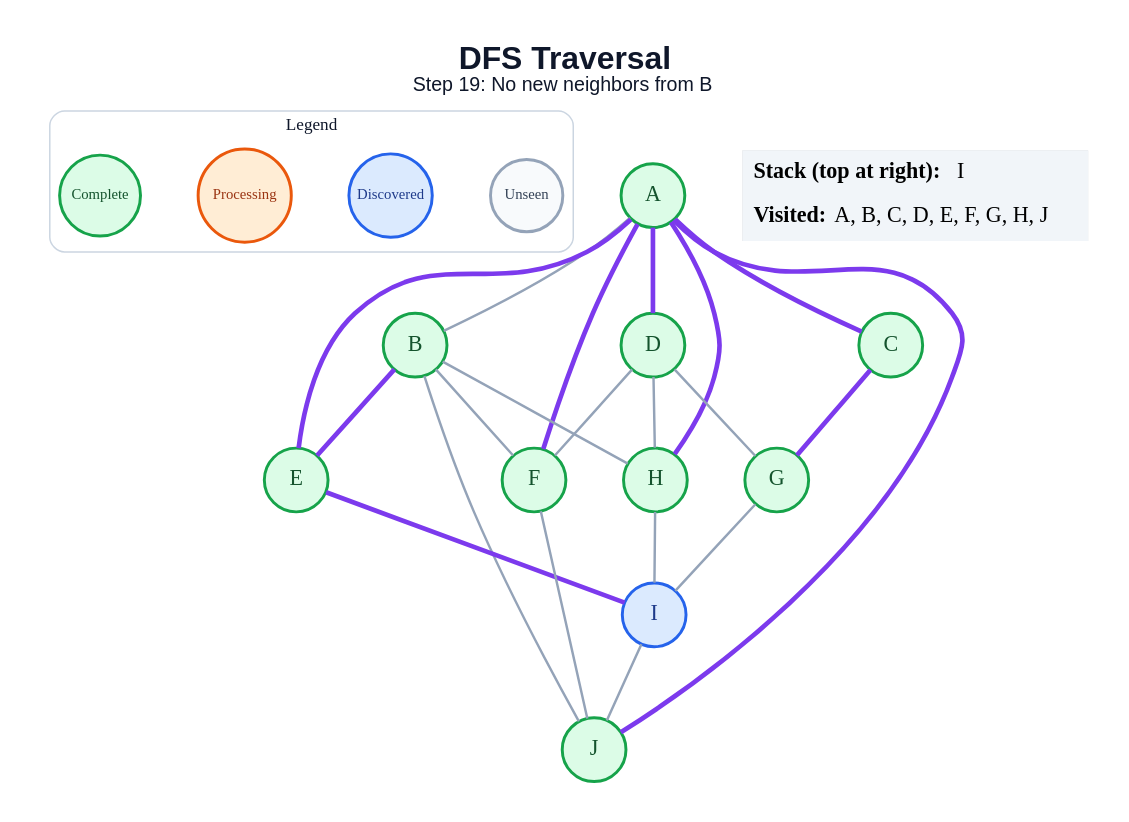
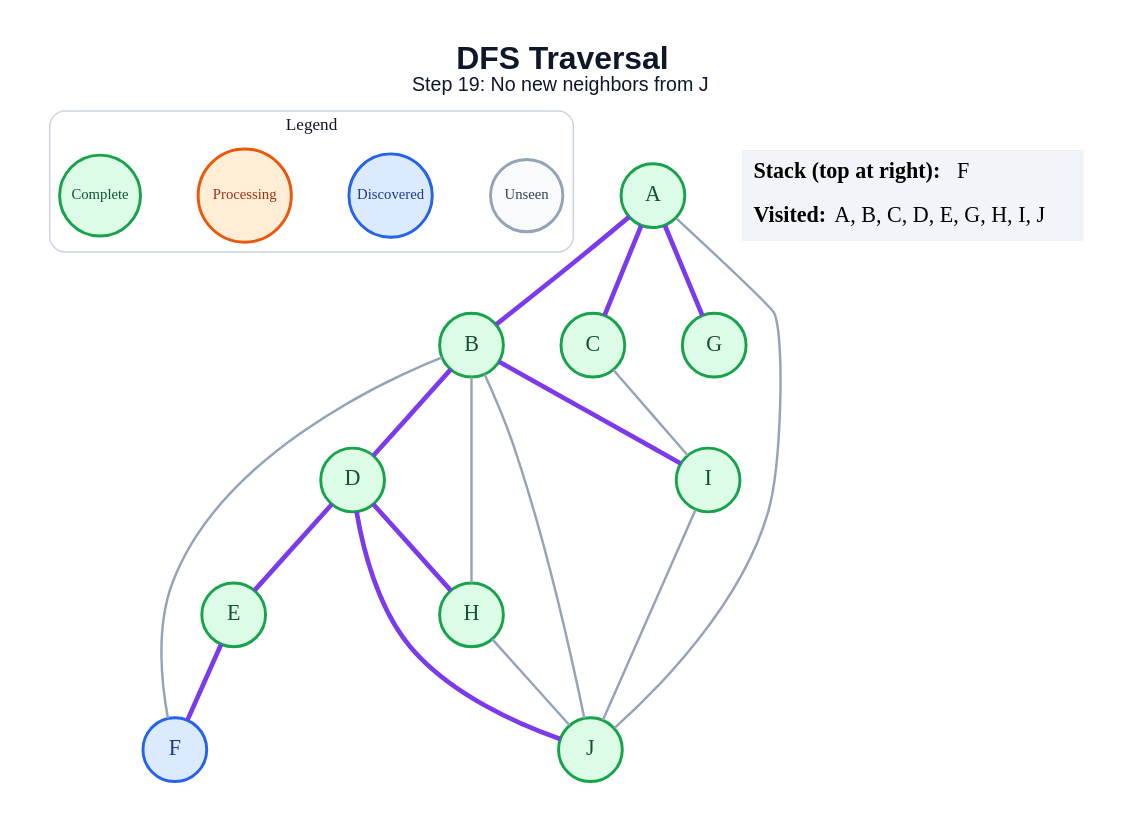
The diagram in generated/specific-node/dfs/step_19.dot (anon7238593-create/ai-slop), drawn with Graphviz before and after one commit. The commit also changed 171 other files, not shown here.

```diff
--- a/generated/specific-node/dfs/step_19.dot
+++ b/generated/specific-node/dfs/step_19.dot
@@ -1,49 +1,45 @@
 graph traversal {
   graph [layout=dot, rankdir=TB, bgcolor="#FFFFFF", pad="0.35", nodesep="0.65", ranksep="0.8", fontname="Arial"];
   node [shape=circle, style="filled", fontname="Arial Bold", fontsize=18, width=0.72, fixedsize=true, penwidth=2.4];
   edge [color="#94A3B8", penwidth=2.0];
-  label=<<B>DFS Traversal</B><BR/><FONT POINT-SIZE="16">Step 19: No new neighbors from B</FONT>>; labelloc="t"; fontsize=26; fontname="Arial"; fontcolor="#0F172A";
+  label=<<B>DFS Traversal</B><BR/><FONT POINT-SIZE="16">Step 19: No new neighbors from J</FONT>>; labelloc="t"; fontsize=26; fontname="Arial"; fontcolor="#0F172A";
   subgraph cluster_legend { label="Legend"; color="#CBD5E1"; penwidth=1.2; style="rounded"; fontsize=14; fontname="Arial Bold";
     key_unseen [label="Unseen", fillcolor="#F8FAFC", color="#94A3B8", fontcolor="#334155", fontsize=12, width=0.82];
     key_frontier [label="Discovered", fillcolor="#DBEAFE", color="#2563EB", fontcolor="#1E3A8A", fontsize=12, width=0.95];
     key_current [label="Processing", fillcolor="#FFEDD5", color="#EA580C", fontcolor="#9A3412", fontsize=12, width=1.05];
     key_done [label="Complete", fillcolor="#DCFCE7", color="#16A34A", fontcolor="#14532D", fontsize=12, width=0.92];
     { rank=same; key_unseen; key_frontier; key_current; key_done; }
   }
   A [fillcolor="#DCFCE7", color="#16A34A", fontcolor="#14532D"];
   B [fillcolor="#DCFCE7", color="#16A34A", fontcolor="#14532D"];
   C [fillcolor="#DCFCE7", color="#16A34A", fontcolor="#14532D"];
   D [fillcolor="#DCFCE7", color="#16A34A", fontcolor="#14532D"];
   E [fillcolor="#DCFCE7", color="#16A34A", fontcolor="#14532D"];
-  F [fillcolor="#DCFCE7", color="#16A34A", fontcolor="#14532D"];
+  F [fillcolor="#DBEAFE", color="#2563EB", fontcolor="#1E3A8A"];
   G [fillcolor="#DCFCE7", color="#16A34A", fontcolor="#14532D"];
   H [fillcolor="#DCFCE7", color="#16A34A", fontcolor="#14532D"];
-  I [fillcolor="#DBEAFE", color="#2563EB", fontcolor="#1E3A8A"];
+  I [fillcolor="#DCFCE7", color="#16A34A", fontcolor="#14532D"];
   J [fillcolor="#DCFCE7", color="#16A34A", fontcolor="#14532D"];
-  A -- B;
+  A -- B [color="#7C3AED", penwidth=3.8];
   A -- C [color="#7C3AED", penwidth=3.8];
-  A -- D [color="#7C3AED", penwidth=3.8];
-  A -- E [color="#7C3AED", penwidth=3.8];
-  A -- F [color="#7C3AED", penwidth=3.8];
-  A -- H [color="#7C3AED", penwidth=3.8];
-  A -- J [color="#7C3AED", penwidth=3.8];
-  B -- E [color="#7C3AED", penwidth=3.8];
+  A -- G [color="#7C3AED", penwidth=3.8];
+  A -- J;
+  B -- D [color="#7C3AED", penwidth=3.8];
   B -- F;
   B -- H;
+  B -- I [color="#7C3AED", penwidth=3.8];
   B -- J;
-  C -- G [color="#7C3AED", penwidth=3.8];
-  D -- F;
-  D -- G;
-  D -- H;
-  E -- I [color="#7C3AED", penwidth=3.8];
-  F -- J;
-  G -- I;
-  H -- I;
+  C -- I;
+  D -- E [color="#7C3AED", penwidth=3.8];
+  D -- H [color="#7C3AED", penwidth=3.8];
+  D -- J [color="#7C3AED", penwidth=3.8];
+  E -- F [color="#7C3AED", penwidth=3.8];
+  H -- J;
   I -- J;
   status [shape=plain, fixedsize=false, width=0, height=0, margin=0, label=<
     <TABLE BORDER="0" CELLBORDER="0" CELLPADDING="7" BGCOLOR="#F1F5F9">
-      <TR><TD ALIGN="LEFT"><B>Stack (top at right):</B> I</TD></TR>
-      <TR><TD ALIGN="LEFT"><B>Visited:</B> A, B, C, D, E, F, G, H, J</TD></TR>
+      <TR><TD ALIGN="LEFT"><B>Stack (top at right):</B> F</TD></TR>
+      <TR><TD ALIGN="LEFT"><B>Visited:</B> A, B, C, D, E, G, H, I, J</TD></TR>
     </TABLE>
   >];
 }
```
